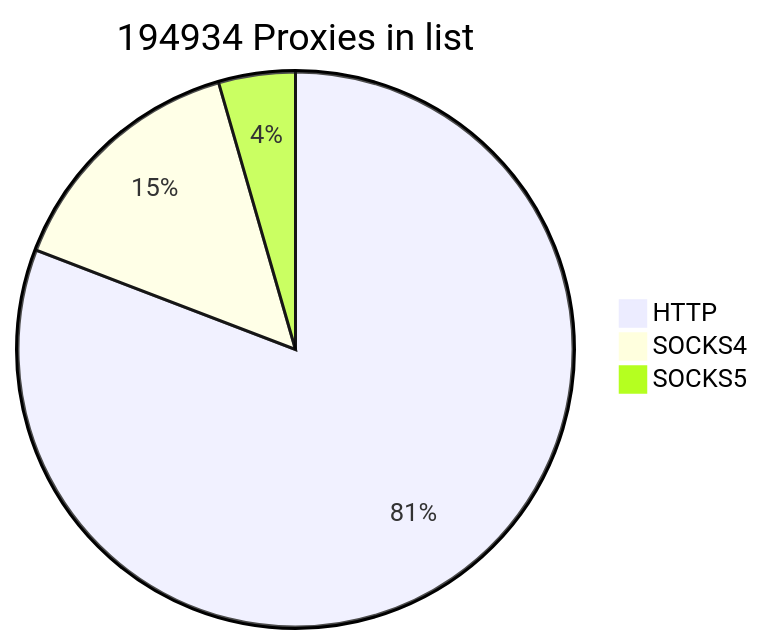
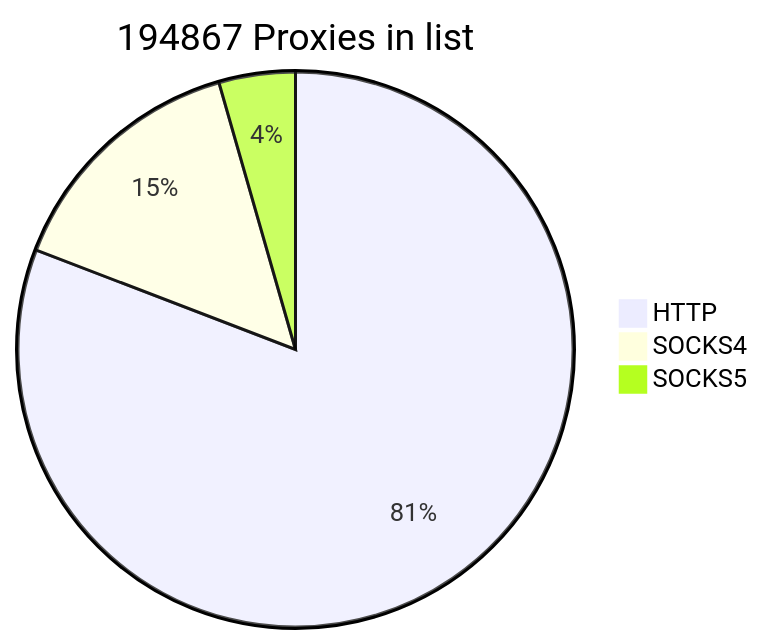
Before and after one commit to cutipu/proxylist: the first of 2 diagrams in README.md, drawn with Mermaid. The commit also changed other lines of this file, not shown here.

````diff
--- a/README.md
+++ b/README.md
@@ -2,7 +2,7 @@
 ```mermaid
-pie title 194934 Proxies in list
-    "HTTP" : 157549
-    "SOCKS4" : 28683
-    "SOCKS5" : 8702
+pie title 194867 Proxies in list
+    "HTTP" : 157504
+    "SOCKS4" : 28702
+    "SOCKS5" : 8661
             
 ```
````
